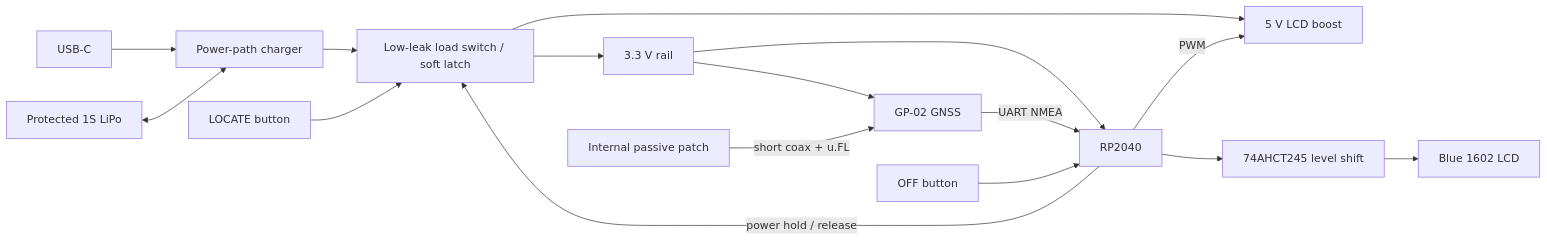
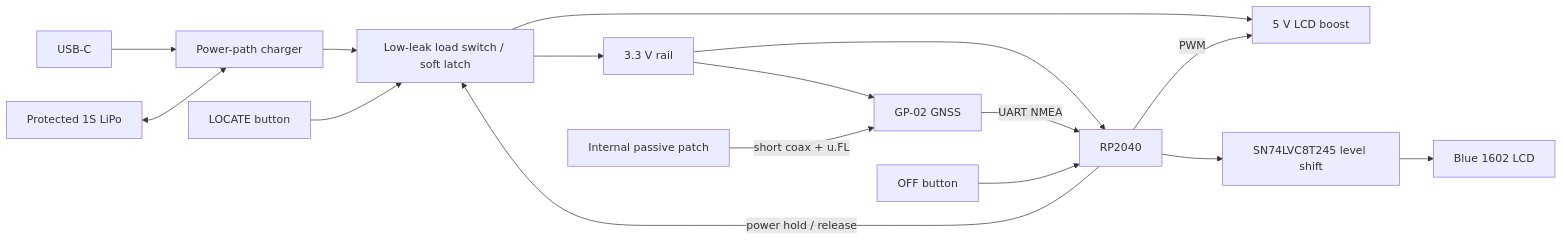
One commit to EdmundLimBoEn/gps-maidenhead-device changed the diagram in PLAN.md. Above: the diagram before and after it, drawn with Mermaid. The commit also changed other lines of this file and 116 other files, not shown here.

````diff
--- a/PLAN.md
+++ b/PLAN.md
@@ -80,18 +80,18 @@
 ```mermaid
 flowchart LR
     USB[USB-C] --> CHG[Power-path charger]
     CELL[Protected 1S LiPo] <--> CHG
     CHG --> LATCH[Low-leak load switch / soft latch]
     LOCATE[LOCATE button] --> LATCH
     LATCH --> RAIL3[3.3 V rail]
     LATCH --> BOOST[5 V LCD boost]
     RAIL3 --> MCU[RP2040]
     RAIL3 --> GPS[GP-02 GNSS]
     GPS -->|UART NMEA| MCU
     PATCH[Internal passive patch] -->|short coax + u.FL| GPS
     MCU -->|PWM| BOOST
-    MCU --> LEVEL[74AHCT245 level shift]
+    MCU --> LEVEL[SN74LVC8T245 level shift]
     LEVEL --> LCD[Blue 1602 LCD]
     OFF[OFF button] --> MCU
     MCU -->|power hold / release| LATCH
 ```
````
